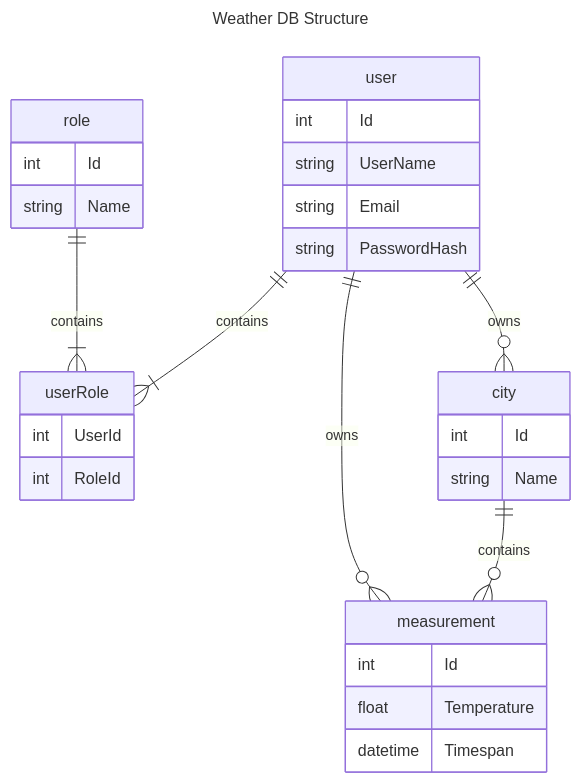
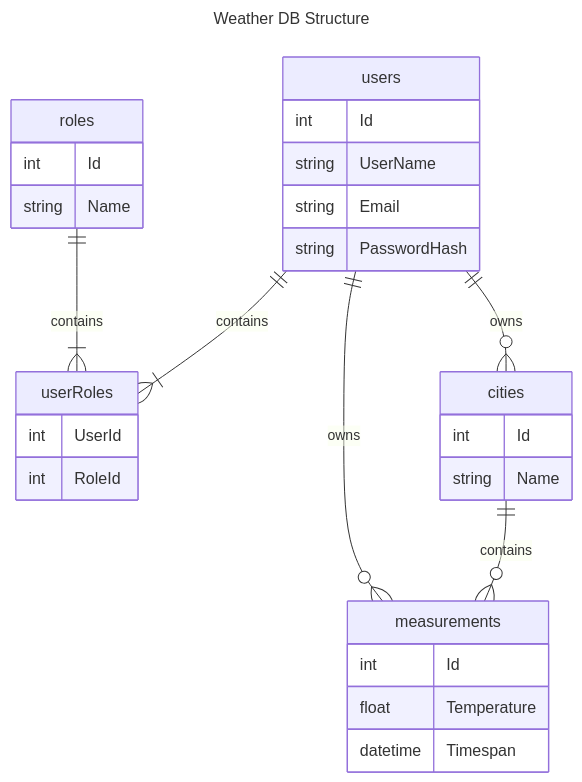
The third of 3 diagrams in README.md (RaduTerec/Weather), drawn with Mermaid before and after one commit. The commit also changed other lines of this file and 10 other files, not shown here.

Commit message:
WTH #2 Refactor Database setup. Removed UserRoles table and replaced with name. Explained more stuff in Readme.md

````diff
--- a/README.md
+++ b/README.md
@@ -117,43 +114,43 @@
 ```mermaid
 ---
 title: Weather DB Structure
 ---
 
 erDiagram
    %% relations
-   user ||--|{ userRole : contains
-   role ||--|{ userRole : contains
-   user ||--o{ measurement : owns
-   user ||--o{ city : owns
-   city ||--o{ measurement : contains
+   users ||--|{ userRoles : contains
+   roles ||--|{ userRoles : contains
+   users ||--o{ measurements : owns
+   users ||--o{ cities : owns
+   cities ||--o{ measurements : contains
 
    %% le table definitions
-   user {
+   users {
       int Id
       string UserName
       string Email
       string PasswordHash
    }
 
-   role {
+   roles {
       int Id
       string Name
    }
 
-   userRole {
+   userRoles {
       int UserId
       int RoleId
    }
 
-   city {
+   cities {
       int Id
       string Name
    }
 
-   measurement {
+   measurements {
       int Id
       float Temperature
       datetime Timespan
    }
 
 ```
````
